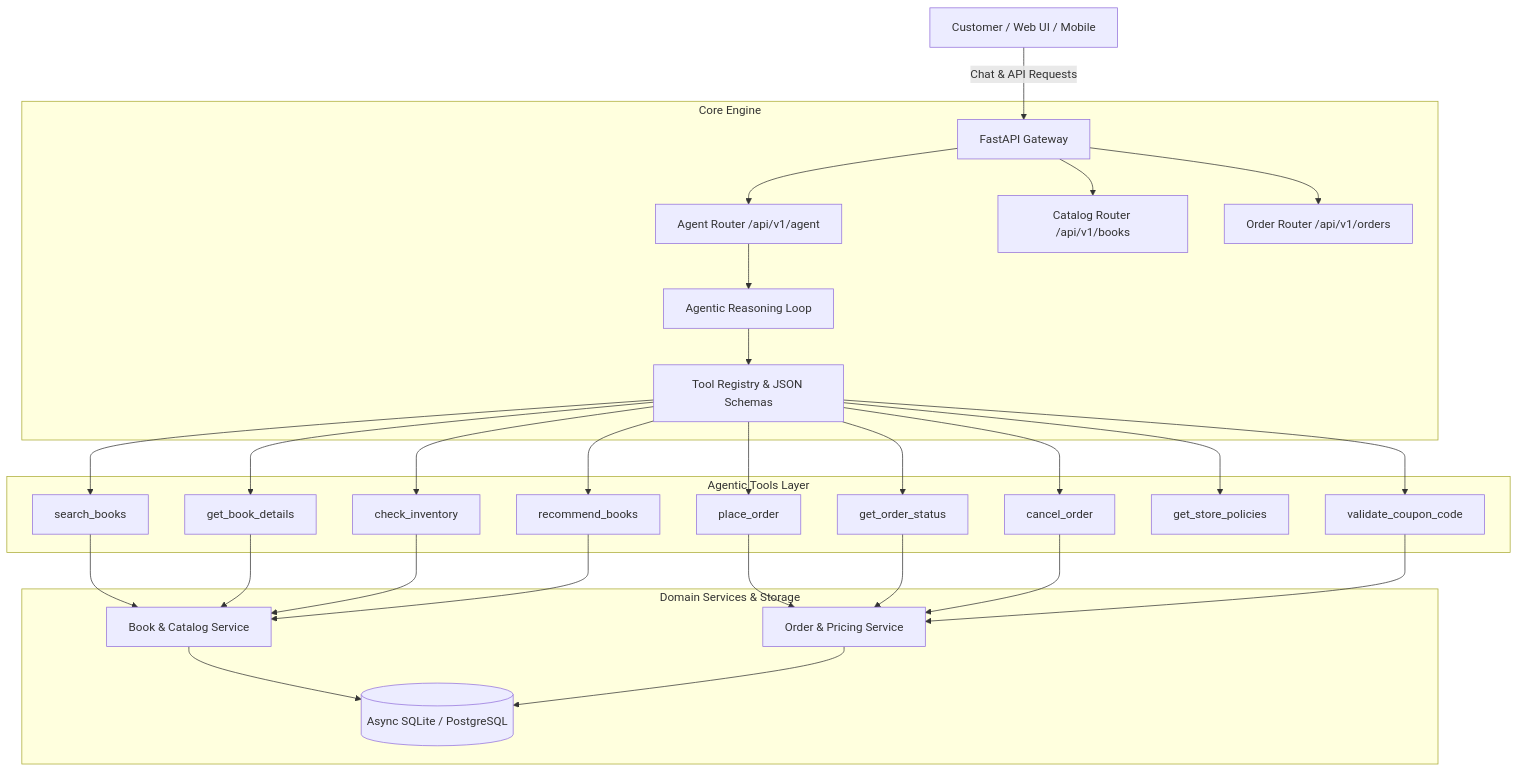
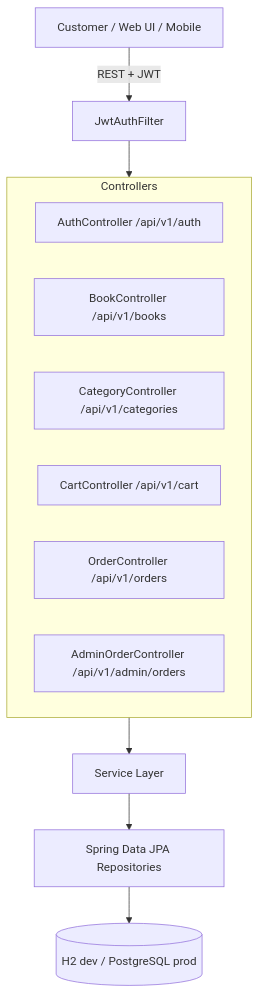
Before and after one commit to poojavishalsarda/Demo: the diagram in README.md, drawn with Mermaid. The commit also changed other lines of this file and 5 other files, not shown here.

````diff
--- a/README.md
+++ b/README.md
@@ -9,31 +9,18 @@
 ```mermaid
 graph TD
-    Client[Customer / Web UI / Mobile] -->|Chat & API Requests| API[FastAPI Gateway]
-    
-    subgraph Core Engine
-        API --> AgentRouter[Agent Router /api/v1/agent]
-        API --> CatalogRouter[Catalog Router /api/v1/books]
-        API --> OrderRouter[Order Router /api/v1/orders]
-        
-        AgentRouter --> AgentEngine[Agentic Reasoning Loop]
-        AgentEngine --> ToolRegistry[Tool Registry & JSON Schemas]
+    Client[Customer / Web UI / Mobile] -->|REST + JWT| Filter[JwtAuthFilter]
+    Filter --> Controllers
+
+    subgraph Controllers
+        C1[AuthController /api/v1/auth]
+        C2[BookController /api/v1/books]
+        C3[CategoryController /api/v1/categories]
+        C4[CartController /api/v1/cart]
+        C5[OrderController /api/v1/orders]
+        C6[AdminOrderController /api/v1/admin/orders]
     end
 
-    subgraph Agentic Tools Layer
-        ToolRegistry --> T1[search_books]
-        ToolRegistry --> T2[get_book_details]
-        ToolRegistry --> T3[check_inventory]
-        ToolRegistry --> T4[place_order]
-        ToolRegistry --> T5[get_order_status]
-        ToolRegistry --> T6[cancel_order]
-        ToolRegistry --> T7[recommend_books]
-        ToolRegistry --> T8[get_store_policies]
-        ToolRegistry --> T9[validate_coupon_code]
-    end
-
-    subgraph Domain Services & Storage
-        T1 & T2 & T3 & T7 --> BookService[Book & Catalog Service]
-        T4 & T5 & T6 & T9 --> OrderService[Order & Pricing Service]
-        BookService & OrderService --> DB[(Async SQLite / PostgreSQL)]
-    end
+    Controllers --> Services[Service Layer]
+    Services --> Repos[Spring Data JPA Repositories]
+    Repos --> DB[(H2 dev / PostgreSQL prod)]
 ```
````
